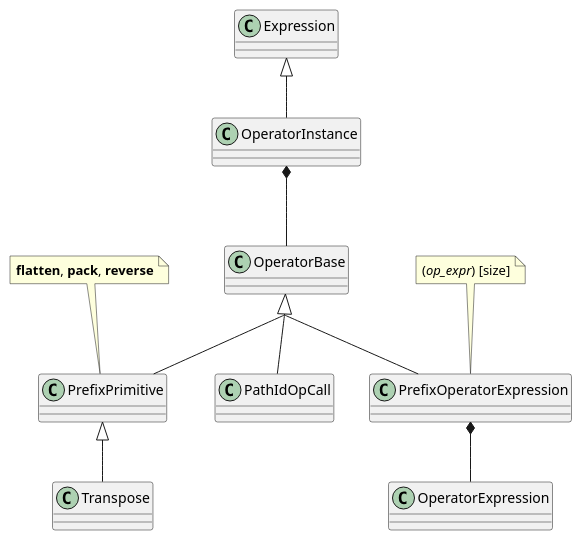
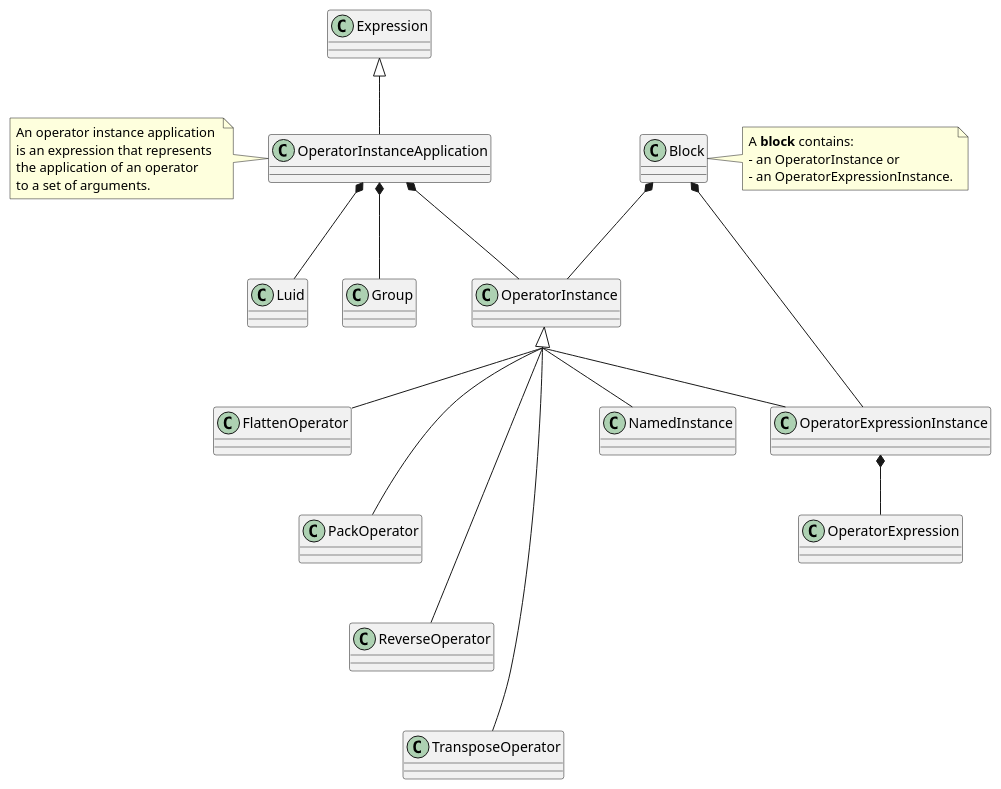
The diagram in doc/source/api/language/expressions/instance.puml (ansys/pyscadeone), drawn with PlantUML before and after one commit. The commit also changed 537 other files, not shown here.

```diff
--- a/doc/source/api/language/expressions/instance.puml
+++ b/doc/source/api/language/expressions/instance.puml
@@ -1,19 +1,39 @@
 @startuml 
 ' Operator Instance
 skinparam groupInheritance 2
 
-Expression <|-- OperatorInstance
-OperatorInstance *-- OperatorBase
+Expression <|-- OperatorInstanceApplication
+note left of OperatorInstanceApplication
+  An operator instance application 
+  is an expression that represents
+  the application of an operator 
+  to a set of arguments.
+end note
+OperatorInstanceApplication *-- OperatorInstance
+OperatorInstanceApplication *-- Luid
+OperatorInstanceApplication *-- Group
+OperatorInstance <|-- NamedInstance
 
-OperatorBase <|-- PathIdOpCall
-OperatorBase <|-- PrefixPrimitive
-note top of PrefixPrimitive
-**flatten**, **pack**, **reverse**
+OperatorInstance <|-- FlattenOperator
+OperatorInstance <|-- PackOperator
+OperatorInstance <|-- ReverseOperator
+OperatorInstance <|-- TransposeOperator
+
+FlattenOperator -[hidden]- PackOperator
+PackOperator -[hidden]- ReverseOperator
+ReverseOperator -[hidden]- TransposeOperator
+
+
+OperatorInstance <|-- OperatorExpressionInstance
+OperatorExpressionInstance *-- OperatorExpression
+
+'NamedInstance -[hidden]- OperatorExpressionInstance
+
+Block *-- OperatorInstance
+Block *-- OperatorExpressionInstance
+note right of Block
+    A **block** contains:  
+    - an OperatorInstance or
+    - an OperatorExpressionInstance.
 end note
-PrefixPrimitive <|-- Transpose
-OperatorBase <|-- PrefixOperatorExpression
-note top of PrefixOperatorExpression
-(//op_expr//) [size]
-end note
-PrefixOperatorExpression *-- OperatorExpression
 @enduml
```
